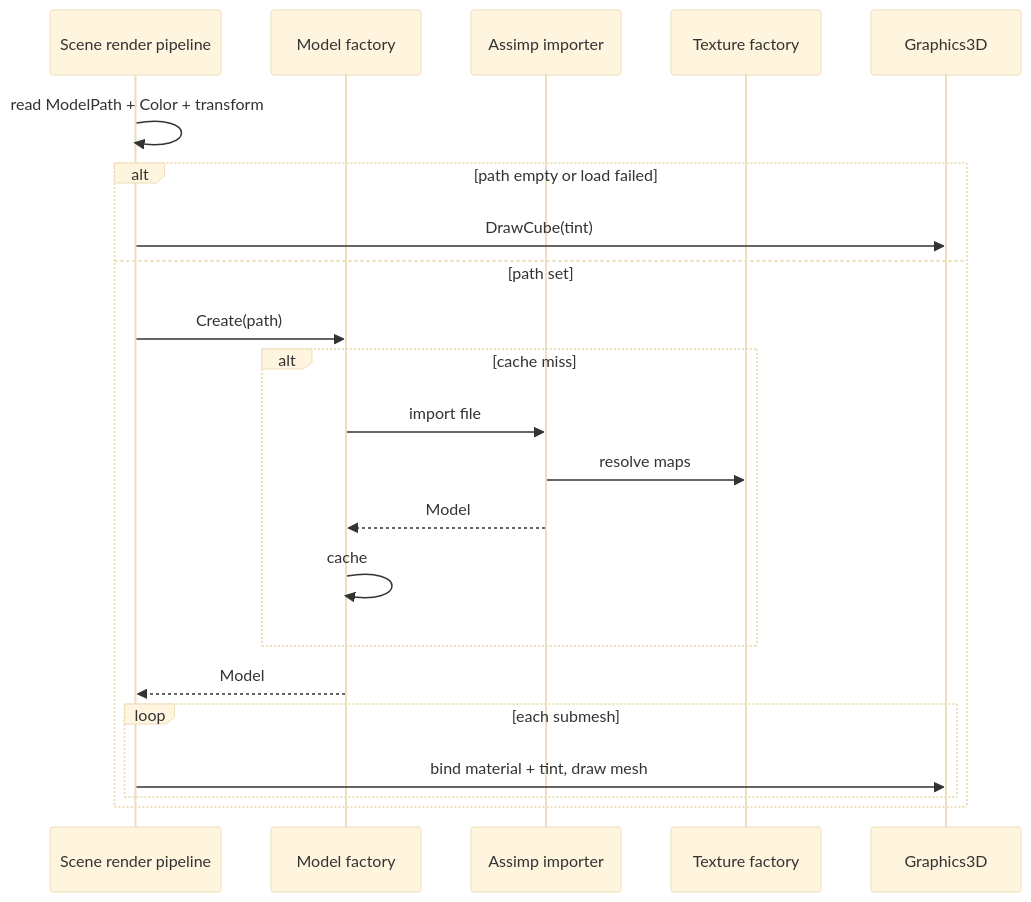
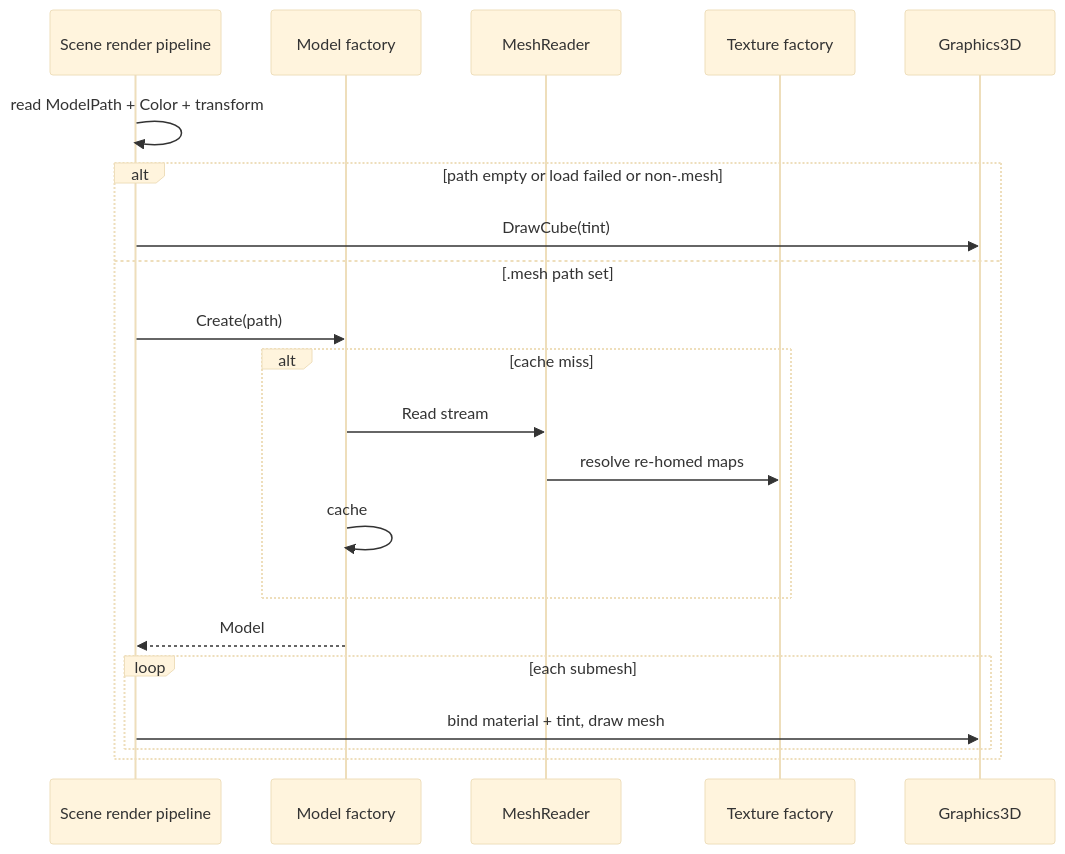
The second of 2 diagrams in docs/specs/3d-model-loading/developer-guide.md (kateusz/GameEngine), drawn with Mermaid (base theme) before and after one commit. The commit also changed other lines of this file and 39 other files, not shown here.

````diff
--- a/docs/specs/3d-model-loading/developer-guide.md
+++ b/docs/specs/3d-model-loading/developer-guide.md
@@ -177,25 +150,24 @@
 ```mermaid
 sequenceDiagram
   participant Pipeline as Scene render pipeline
   participant Factory as Model factory
-  participant Assimp as Assimp importer
+  participant Reader as MeshReader
   participant Tex as Texture factory
   participant G3D as Graphics3D
 
   Pipeline->>Pipeline: read ModelPath + Color + transform
-  alt path empty or load failed
+  alt path empty or load failed or non-.mesh
     Pipeline->>G3D: DrawCube(tint)
-  else path set
+  else .mesh path set
     Pipeline->>Factory: Create(path)
     alt cache miss
-      Factory->>Assimp: import file
-      Assimp->>Tex: resolve maps
-      Assimp-->>Factory: Model
+      Factory->>Reader: Read stream
+      Reader->>Tex: resolve re-homed maps
       Factory->>Factory: cache
     end
     Factory-->>Pipeline: Model
     loop each submesh
       Pipeline->>G3D: bind material + tint, draw mesh
     end
   end
 ```
````
